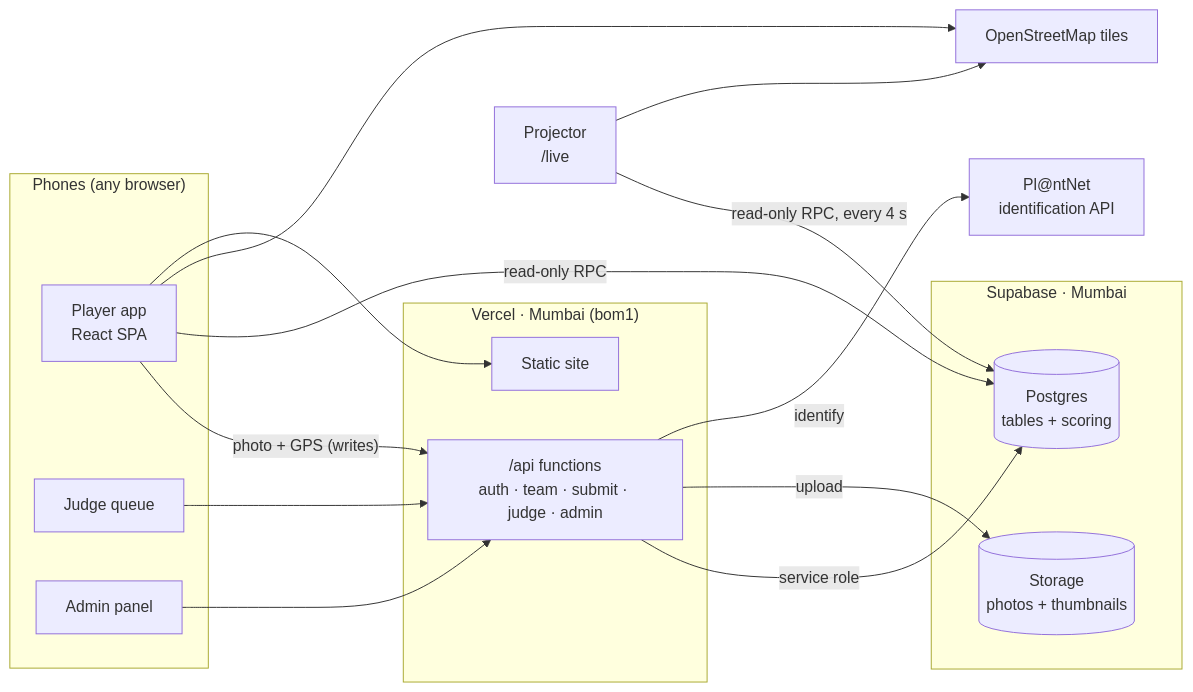
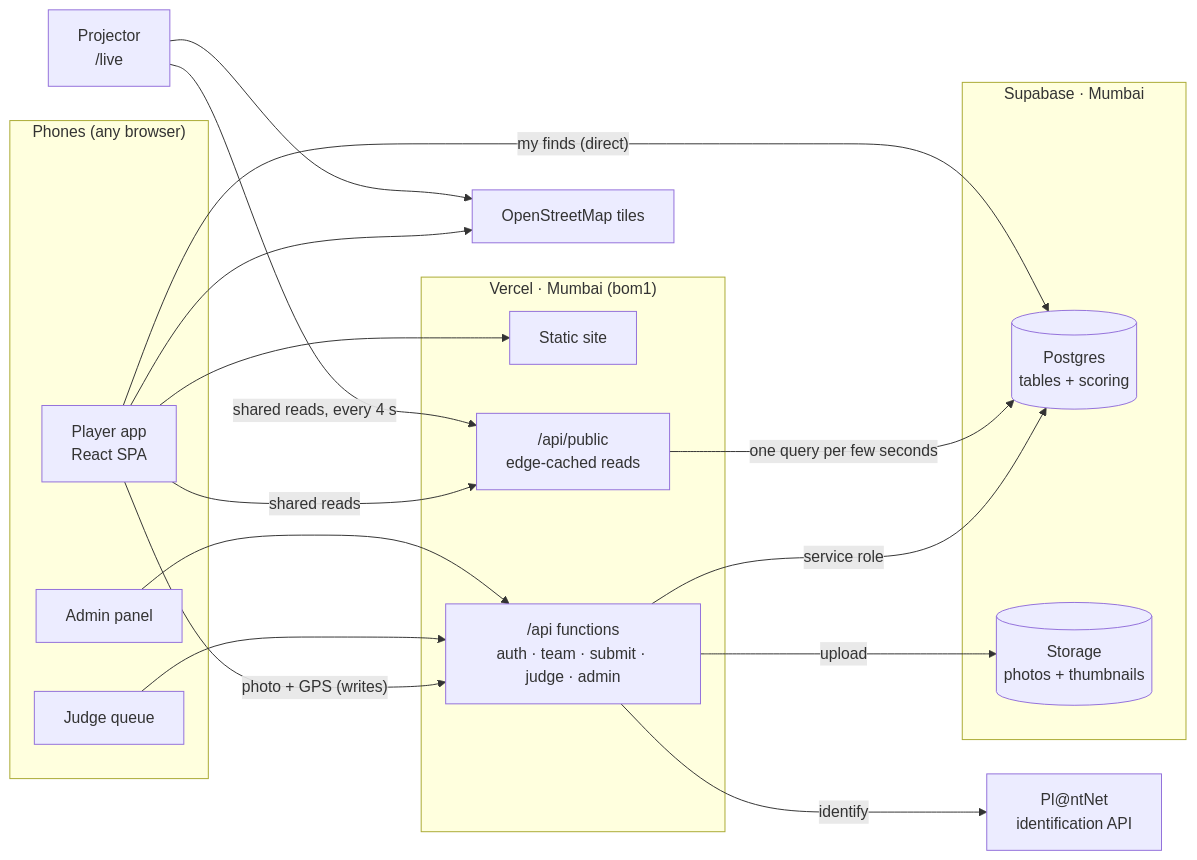
Before and after one commit to sidhy4rth/TreasureTrail: the first of 3 diagrams in docs/ARCHITECTURE.md, drawn with Mermaid. The commit also changed other lines of this file and 38 other files, not shown here.

````diff
--- a/docs/ARCHITECTURE.md
+++ b/docs/ARCHITECTURE.md
@@ -5,34 +5,37 @@
 ```mermaid
 flowchart LR
   subgraph Phones["Phones (any browser)"]
     P["Player app<br/>React SPA"]
     J["Judge queue"]
     A["Admin panel"]
   end
   L["Projector<br/>/live"]
 
   subgraph Vercel["Vercel · Mumbai (bom1)"]
     S["Static site"]
     F["/api functions<br/>auth · team · submit · judge · admin"]
+    C["/api/public<br/>edge-cached reads"]
   end
 
   subgraph Supabase["Supabase · Mumbai"]
     DB[("Postgres<br/>tables + scoring")]
     ST[("Storage<br/>photos + thumbnails")]
   end
 
   N["Pl@ntNet<br/>identification API"]
   OSM["OpenStreetMap tiles"]
 
   P -- "photo + GPS (writes)" --> F
   J --> F
   A --> F
   F -- "service role" --> DB
   F -- "upload" --> ST
   F -- "identify" --> N
-  P -- "read-only RPC" --> DB
-  L -- "read-only RPC, every 4 s" --> DB
+  P -- "shared reads" --> C
+  L -- "shared reads, every 4 s" --> C
+  C -- "one query per few seconds" --> DB
+  P -- "my finds (direct)" --> DB
   P --> OSM
   L --> OSM
   P --> S
 ```
````
